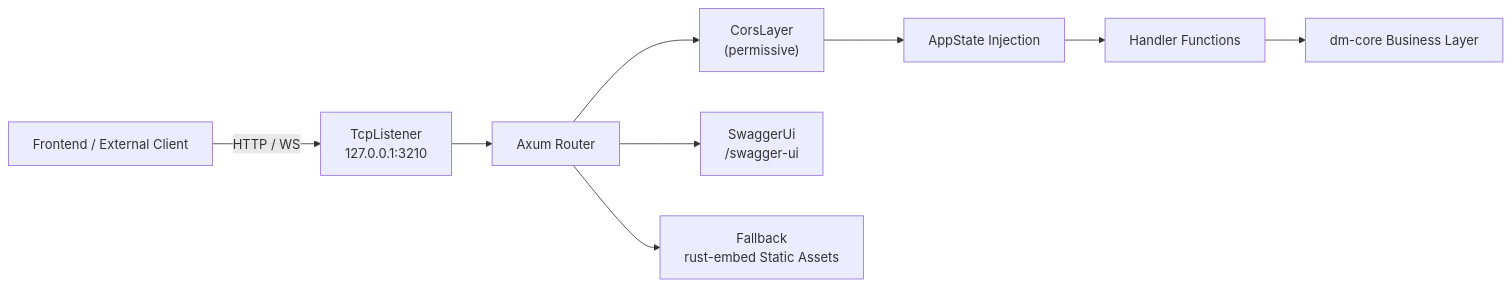
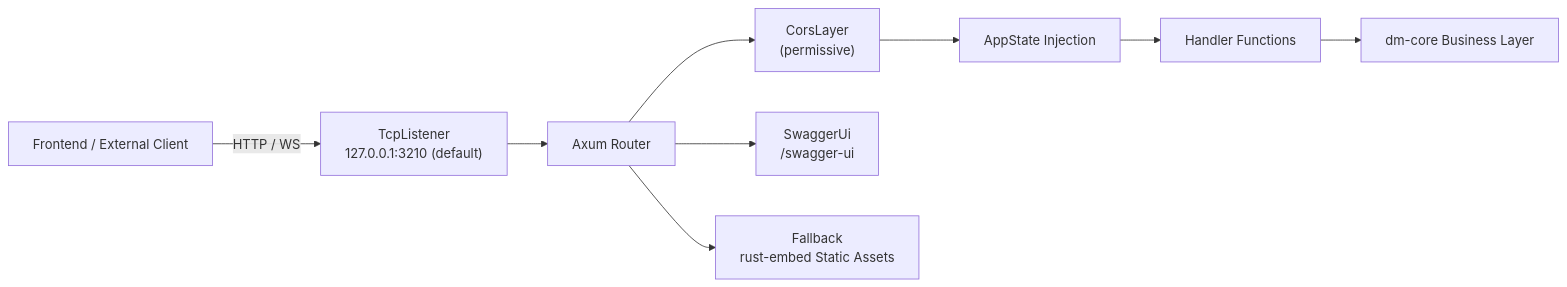
Before and after one commit to l1veIn/dora-manager: the first of 2 diagrams in wiki/zh/en/15-http-api.md, drawn with Mermaid. The commit also changed other lines of this file and 11 other files, not shown here.

````diff
--- a/wiki/zh/en/15-http-api.md
+++ b/wiki/zh/en/15-http-api.md
@@ -32,12 +32,12 @@
 ```mermaid
 graph LR
-    Client["Frontend / External Client"] -->|HTTP / WS| Listener["TcpListener<br/>127.0.0.1:3210"]
+    Client["Frontend / External Client"] -->|HTTP / WS| Listener["TcpListener<br/>127.0.0.1:3210 (default)"]
     Listener --> Axum["Axum Router"]
     Axum --> Cors["CorsLayer<br/>(permissive)"]
     Cors --> State["AppState Injection"]
     State --> Handler["Handler Functions"]
     Handler --> Core["dm-core Business Layer"]
 
     Axum --> Swagger["SwaggerUi<br/>/swagger-ui"]
     Axum --> Fallback["Fallback<br/>rust-embed Static Assets"]
 ```
````
